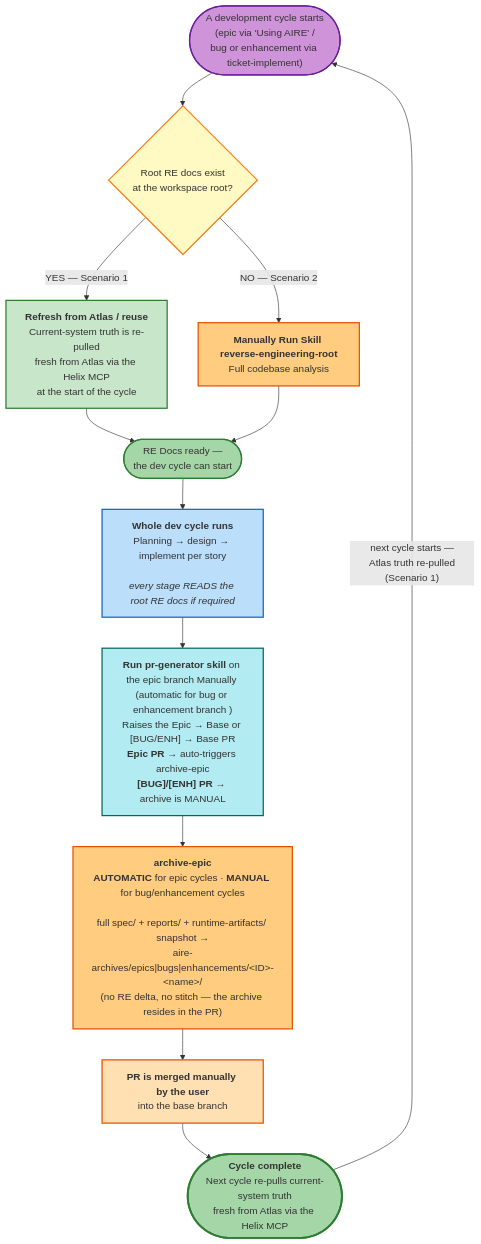
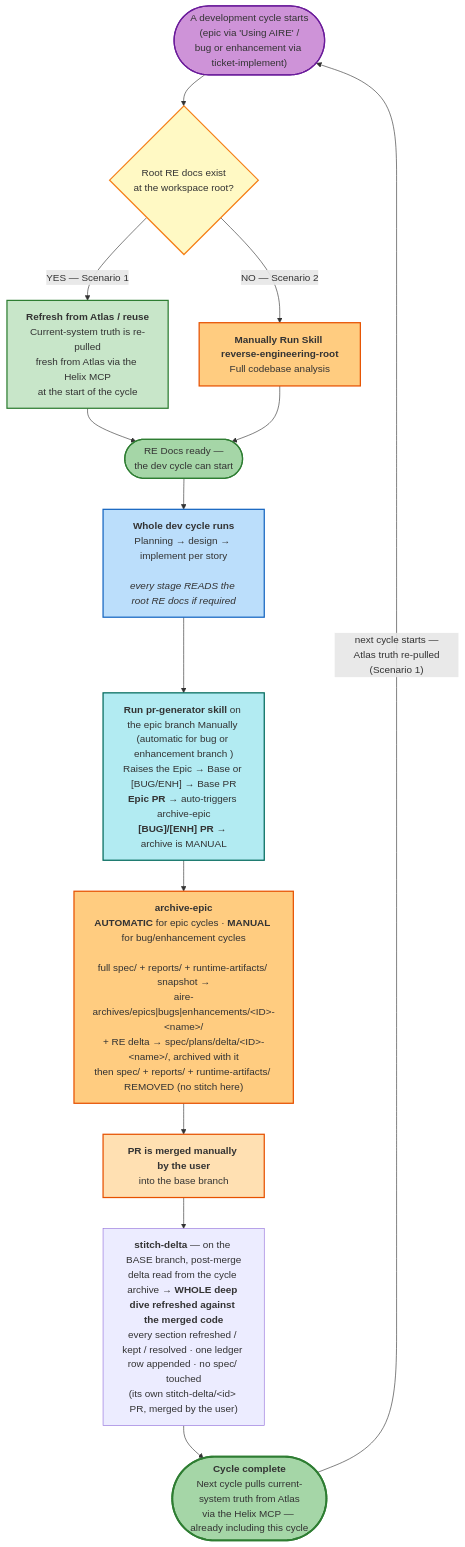
One commit to Shailendrayadav0666/billing-cycle-copy changed the seventh of 10 diagrams in aire-workflow/aire-workflow-diagram.md. Above: the diagram before and after it, drawn with Mermaid. The commit also changed other lines of this file and 61 other files, not shown here.

````diff
--- a/aire-workflow/aire-workflow-diagram.md
+++ b/aire-workflow/aire-workflow-diagram.md
@@ -1165,36 +1177,38 @@
 ```mermaid
 flowchart TD
     START(["A development cycle starts<br/>(epic via 'Using AIRE' /<br/>bug or enhancement via ticket-implement)"])
 
     START --> EXIST{"Root RE docs exist<br/>at the workspace root?"}
 
     EXIST -->|"YES — Scenario 1"| REUSE["<b>Refresh from Atlas / reuse</b><br/>Current-system truth is re-pulled<br/>fresh from Atlas via the Helix MCP<br/>at the start of the cycle"]
 
     EXIST -->|"NO — Scenario 2"| RROOT["<b>Manually Run Skill reverse-engineering-root</b><br/>Full codebase analysis"]
 
     REUSE --> READY(["RE Docs ready —<br/>the dev cycle can start"])
     RROOT --> READY
 
     READY --> DEV["<b>Whole dev cycle runs</b><br/>Planning → design → implement per story<br/><br/><i>every stage READS the root RE docs if required</i>"]
 
     DEV --> PRGEN["<b>Run pr-generator skill</b> on the epic branch Manually (automatic for bug or enhancement branch )<br/>Raises the Epic → Base or [BUG/ENH] → Base PR<br/><b>Epic PR</b> → auto-triggers archive-epic<br/><b>[BUG]/[ENH] PR</b> → archive is MANUAL"]
 
-    PRGEN --> ARCHIVE["<b>archive-epic</b><br/><b>AUTOMATIC</b> for epic cycles · <b>MANUAL</b> for bug/enhancement cycles<br/><i></i><br/>full spec/ + reports/ + runtime-artifacts/ snapshot →<br/>aire-archives/epics|bugs|enhancements/&lt;ID&gt;-&lt;name&gt;/<br/>(no RE delta, no stitch — the archive resides in the PR)"]
+    PRGEN --> ARCHIVE["<b>archive-epic</b><br/><b>AUTOMATIC</b> for epic cycles · <b>MANUAL</b> for bug/enhancement cycles<br/><i></i><br/>full spec/ + reports/ + runtime-artifacts/ snapshot →<br/>aire-archives/epics|bugs|enhancements/&lt;ID&gt;-&lt;name&gt;/<br/>+ RE delta → spec/plans/delta/&lt;ID&gt;-&lt;name&gt;/, archived with it<br/>then spec/ + reports/ + runtime-artifacts/ REMOVED (no stitch here)"]
 
     ARCHIVE --> MERGE["<b>PR is merged manually by the user</b><br/>into the base branch"]
 
-    MERGE --> FRESH(["<b>Cycle complete</b><br/>Next cycle re-pulls current-system truth<br/>fresh from Atlas via the Helix MCP"])
+    MERGE --> STITCH["<b>stitch-delta</b> — on the BASE branch, post-merge<br/>delta read from the cycle archive → <b>WHOLE deep dive refreshed against the merged code</b><br/>every section refreshed / kept / resolved · one ledger row appended · no spec/ touched<br/>(its own stitch-delta/&lt;id&gt; PR, merged by the user)"]
+
+    STITCH --> FRESH(["<b>Cycle complete</b><br/>Next cycle pulls current-system truth from Atlas<br/>via the Helix MCP — already including this cycle"])
 
     FRESH -->|"next cycle starts —<br/> Atlas truth re-pulled (Scenario 1)"| START
 
     style START fill:#CE93D8,stroke:#6A1B9A,stroke-width:2px
     style EXIST fill:#FFF9C4,stroke:#F57F17,stroke-width:2px
     style REUSE fill:#C8E6C9,stroke:#2E7D32,stroke-width:2px
     style RROOT fill:#FFCC80,stroke:#E65100,stroke-width:2px
     style READY fill:#A5D6A7,stroke:#2E7D32,stroke-width:2px
     style DEV fill:#BBDEFB,stroke:#1565C0,stroke-width:2px
     style PRGEN fill:#B2EBF2,stroke:#00695C,stroke-width:2px
     style ARCHIVE fill:#FFCC80,stroke:#E65100,stroke-width:2px
     style MERGE fill:#FFE0B2,stroke:#E65100,stroke-width:2px
     style FRESH fill:#A5D6A7,stroke:#2E7D32,stroke-width:3px
 ```
````
